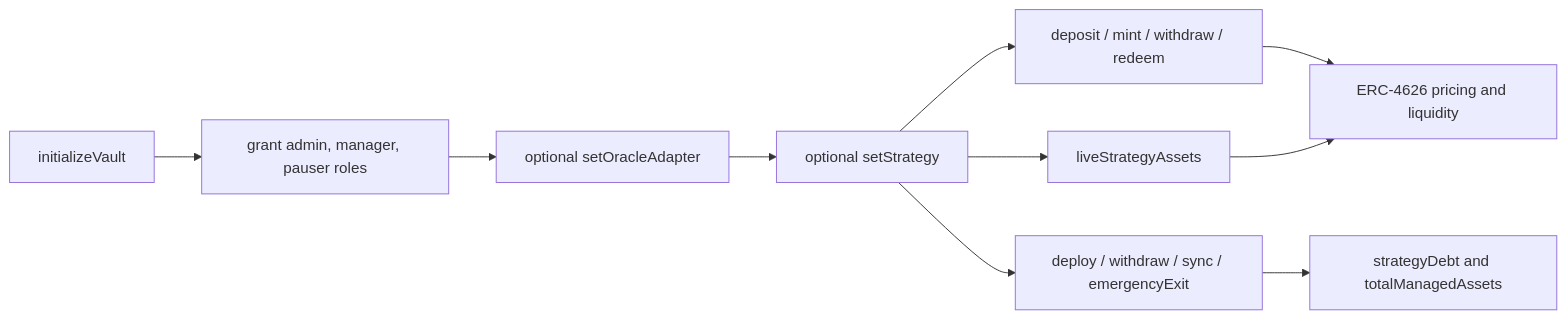
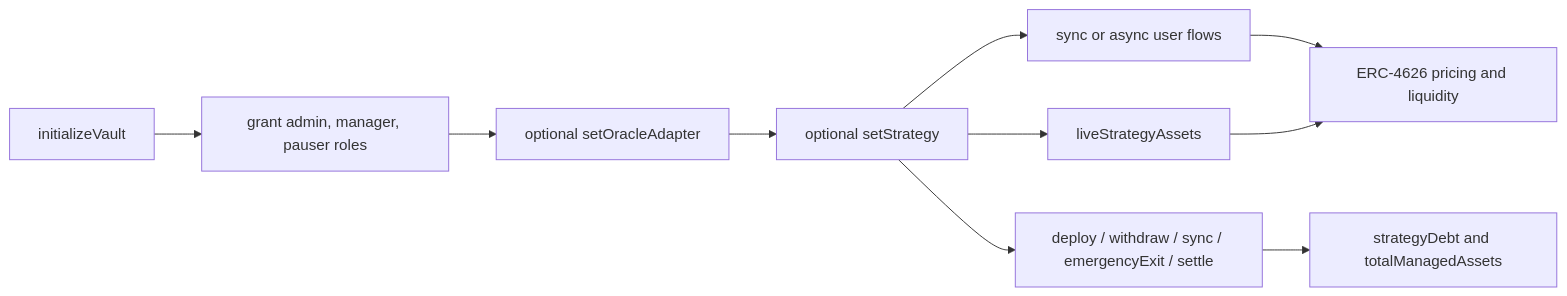
One commit to amshirif/Auralis changed the second of 2 diagrams in docs/vault-facets.md. Above: the diagram before and after it, drawn with Mermaid. The commit also changed other lines of this file and 5 other files, not shown here.

````diff
--- a/docs/vault-facets.md
+++ b/docs/vault-facets.md
@@ -194,12 +246,12 @@
 ```mermaid
 flowchart LR
     Init["initializeVault"] --> Roles["grant admin, manager, pauser roles"]
     Roles --> Oracle["optional setOracleAdapter"]
     Oracle --> Strategy["optional setStrategy"]
-    Strategy --> Users["deposit / mint / withdraw / redeem"]
-    Strategy --> Manager["deploy / withdraw / sync / emergencyExit"]
+    Strategy --> Users["sync or async user flows"]
+    Strategy --> Manager["deploy / withdraw / sync / emergencyExit / settle"]
     Manager --> Book["strategyDebt and totalManagedAssets"]
     Users --> Pricing["ERC-4626 pricing and liquidity"]
     Strategy --> Live["liveStrategyAssets"]
     Live --> Pricing
 ```
````
